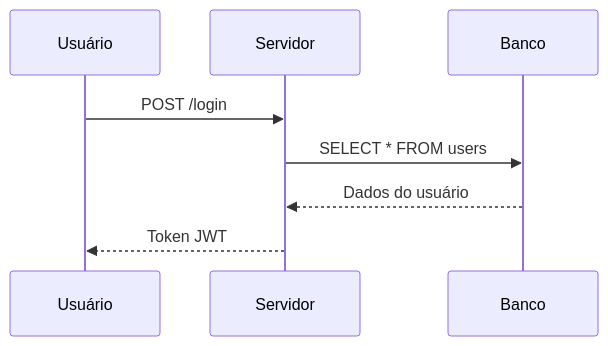
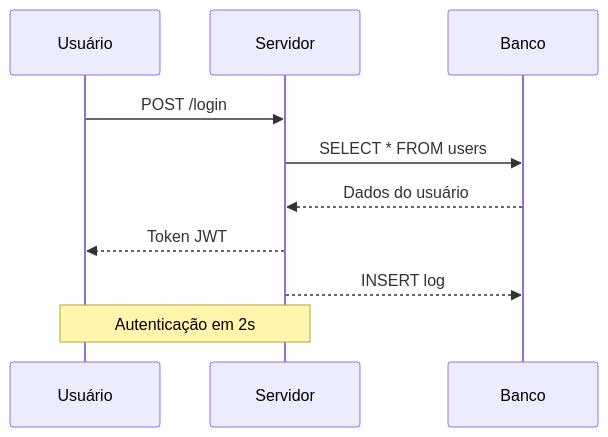
Before and after one commit to aajunior43/workspace-backup: the second of 14 diagrams in Skills/mermaid-diagrams/SKILL.md, drawn with Mermaid. The commit also changed other lines of this file and 5 other files, not shown here.

````diff
--- a/Skills/mermaid-diagrams/SKILL.md
+++ b/Skills/mermaid-diagrams/SKILL.md
@@ -57,11 +72,13 @@
 ```mermaid
 sequenceDiagram
     participant U as Usuário
     participant S as Servidor
     participant B as Banco
 
     U->>S: POST /login
     S->>B: SELECT * FROM users
     B-->>S: Dados do usuário
     S-->>U: Token JWT
+    S-->>B: INSERT log
+    Note over U,S: Autenticação em 2s
 ```
````
